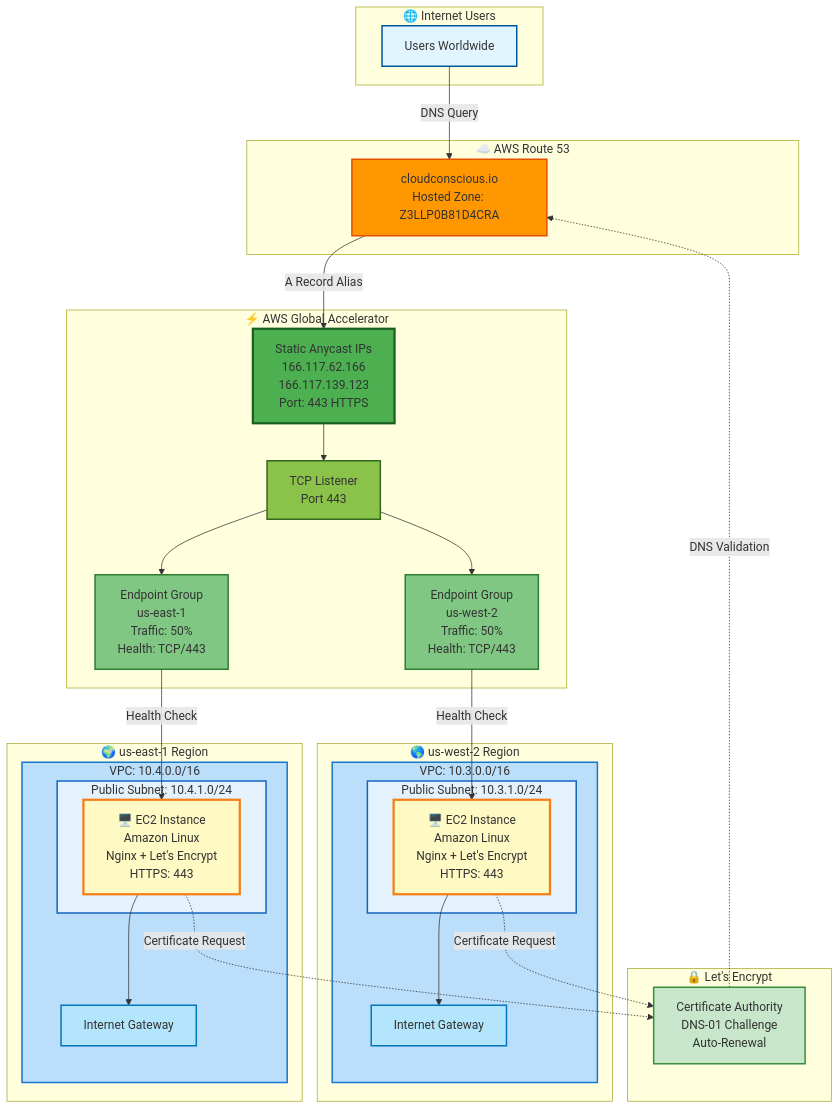
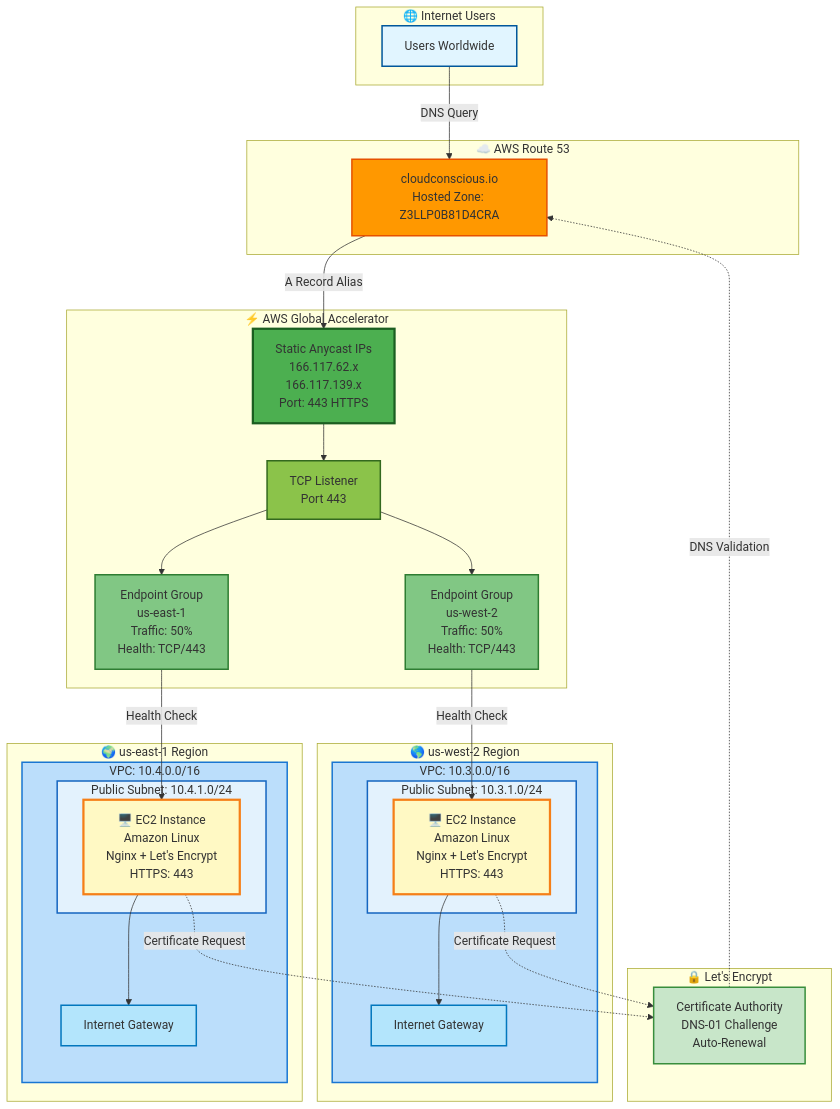
One commit to vegatros/repo1 changed the diagram in terraform/stacks/app3/README.md. Above: the diagram before and after it, drawn with Mermaid.

Commit message:
Mask last octet of Global Accelerator IPs in diagram

````diff
--- a/terraform/stacks/app3/README.md
+++ b/terraform/stacks/app3/README.md
@@ -9,68 +9,68 @@
 ```mermaid
 graph TB
     subgraph Internet["🌐 Internet Users"]
         Users[Users Worldwide]
     end
     
     subgraph DNS["☁️ AWS Route 53"]
         R53[cloudconscious.io<br/>Hosted Zone: Z3LLP0B81D4CRA]
     end
     
     subgraph GA["⚡ AWS Global Accelerator"]
-        Accelerator[Static Anycast IPs<br/>166.117.62.166<br/>166.117.139.123<br/>Port: 443 HTTPS]
+        Accelerator[Static Anycast IPs<br/>166.117.62.x<br/>166.117.139.x<br/>Port: 443 HTTPS]
         Listener[TCP Listener<br/>Port 443]
         EG_West[Endpoint Group<br/>us-west-2<br/>Traffic: 50%<br/>Health: TCP/443]
         EG_East[Endpoint Group<br/>us-east-1<br/>Traffic: 50%<br/>Health: TCP/443]
     end
     
     subgraph West["🌎 us-west-2 Region"]
         subgraph VPC_West["VPC: 10.3.0.0/16"]
             subgraph Subnet_West["Public Subnet: 10.3.1.0/24"]
                 EC2_West["🖥️ EC2 Instance<br/>Amazon Linux<br/>Nginx + Let's Encrypt<br/>HTTPS: 443"]
             end
             IGW_West[Internet Gateway]
         end
     end
     
     subgraph East["🌍 us-east-1 Region"]
         subgraph VPC_East["VPC: 10.4.0.0/16"]
             subgraph Subnet_East["Public Subnet: 10.4.1.0/24"]
                 EC2_East["🖥️ EC2 Instance<br/>Amazon Linux<br/>Nginx + Let's Encrypt<br/>HTTPS: 443"]
             end
             IGW_East[Internet Gateway]
         end
     end
     
     subgraph LE["🔒 Let's Encrypt"]
         LetsEncrypt[Certificate Authority<br/>DNS-01 Challenge<br/>Auto-Renewal]
     end
     
     Users -->|DNS Query| R53
     R53 -->|A Record Alias| Accelerator
     Accelerator --> Listener
     Listener --> EG_West
     Listener --> EG_East
     EG_West -->|Health Check| EC2_West
     EG_East -->|Health Check| EC2_East
     EC2_West -.->|Certificate Request| LetsEncrypt
     EC2_East -.->|Certificate Request| LetsEncrypt
     LetsEncrypt -.->|DNS Validation| R53
     EC2_West --> IGW_West
     EC2_East --> IGW_East
     
     style Users fill:#e1f5ff,stroke:#01579b,stroke-width:2px
     style R53 fill:#ff9800,stroke:#e65100,stroke-width:2px
     style Accelerator fill:#4caf50,stroke:#1b5e20,stroke-width:3px
     style Listener fill:#8bc34a,stroke:#33691e,stroke-width:2px
     style EG_West fill:#81c784,stroke:#2e7d32,stroke-width:2px
     style EG_East fill:#81c784,stroke:#2e7d32,stroke-width:2px
     style VPC_West fill:#bbdefb,stroke:#1976d2,stroke-width:2px
     style VPC_East fill:#bbdefb,stroke:#1976d2,stroke-width:2px
     style Subnet_West fill:#e3f2fd,stroke:#1565c0,stroke-width:2px
     style Subnet_East fill:#e3f2fd,stroke:#1565c0,stroke-width:2px
     style EC2_West fill:#fff9c4,stroke:#f57f17,stroke-width:3px
     style EC2_East fill:#fff9c4,stroke:#f57f17,stroke-width:3px
     style LetsEncrypt fill:#c8e6c9,stroke:#388e3c,stroke-width:2px
     style IGW_West fill:#b3e5fc,stroke:#0277bd,stroke-width:2px
     style IGW_East fill:#b3e5fc,stroke:#0277bd,stroke-width:2px
 ```
````
